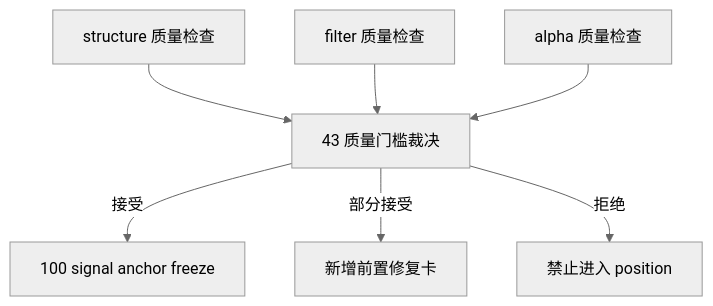
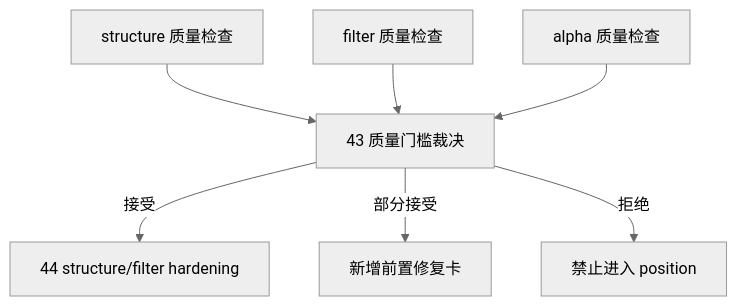
Before and after one commit to everything-is-simple/lifespan-0.01: the diagram in docs/02-spec/modules/system/12-structure-filter-alpha-data-grade-quality-gate-before-position-spec-20260413.md, drawn with Mermaid (neutral theme). The commit also changed other lines of this file and 10 other files, not shown here.

````diff
--- a/docs/02-spec/modules/system/12-structure-filter-alpha-data-grade-quality-gate-before-position-spec-20260413.md
+++ b/docs/02-spec/modules/system/12-structure-filter-alpha-data-grade-quality-gate-before-position-spec-20260413.md
@@ -112,9 +113,9 @@
 ```mermaid
 flowchart TD
     STR["structure 质量检查"] --> GATE["43 质量门槛裁决"]
     FLT["filter 质量检查"] --> GATE
     ALPHA["alpha 质量检查"] --> GATE
-    GATE -->|接受| NEXT["100 signal anchor freeze"]
+    GATE -->|接受| NEXT["44 structure/filter hardening"]
     GATE -->|部分接受| FIX["新增前置修复卡"]
     GATE -->|拒绝| HOLD["禁止进入 position"]
 ```
````
